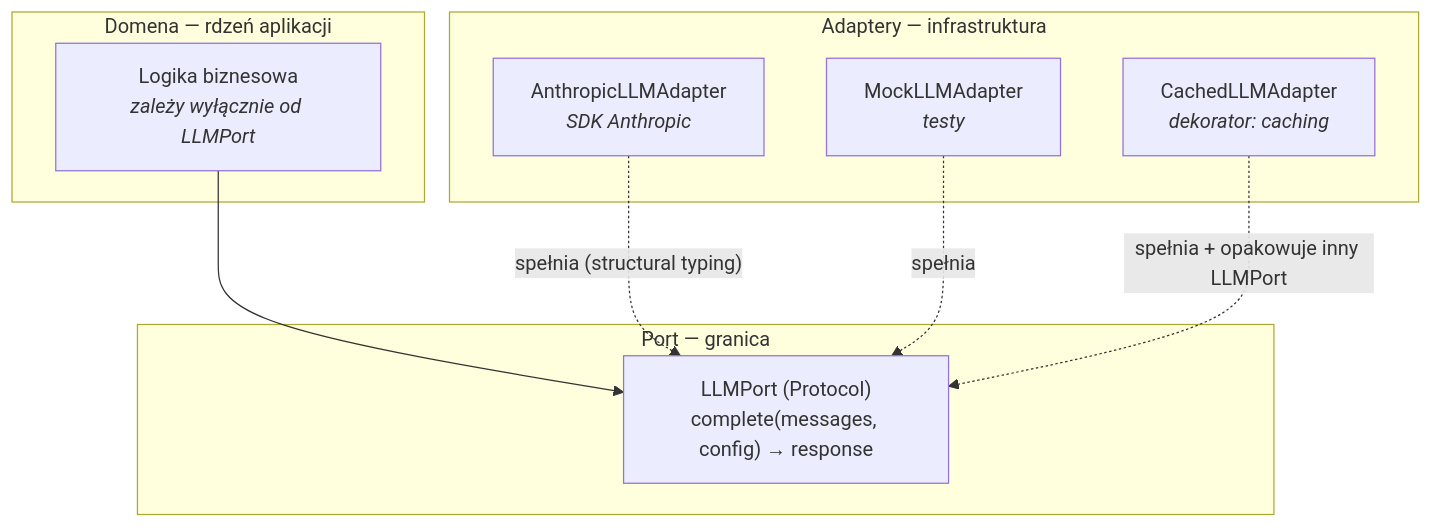
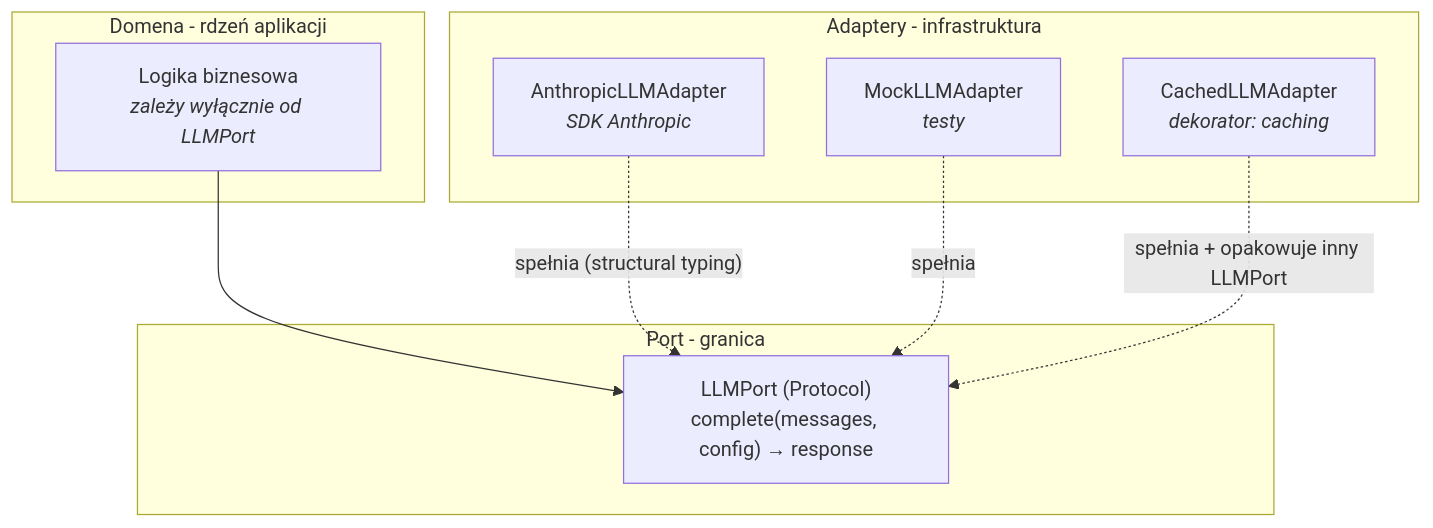
Before and after one commit to SirCypkowskyy/python-for-genai-guide: the fourth of 4 diagrams in docs/07-architecture-and-good-practices.md, drawn with Mermaid. The commit also changed other lines of this file and 9 other files, not shown here.

First line of the commit message:
Zamiana em-dashy na zwykły myślnik + nowe diagramy Mermaid

````diff
--- a/docs/07-architecture-and-good-practices.md
+++ b/docs/07-architecture-and-good-practices.md
@@ -280,21 +280,21 @@
 ```mermaid
 flowchart TB
-    subgraph OUT["Adaptery — infrastruktura"]
+    subgraph OUT["Adaptery - infrastruktura"]
         ANTHROPIC["AnthropicLLMAdapter<br/><i>SDK Anthropic</i>"]
         MOCK["MockLLMAdapter<br/><i>testy</i>"]
         CACHE["CachedLLMAdapter<br/><i>dekorator: caching</i>"]
     end
 
-    subgraph BOUND["Port — granica"]
+    subgraph BOUND["Port - granica"]
         PORT["LLMPort (Protocol)<br/>complete(messages, config) → response"]
     end
 
-    subgraph CORE["Domena — rdzeń aplikacji"]
+    subgraph CORE["Domena - rdzeń aplikacji"]
         DOMAIN["Logika biznesowa<br/><i>zależy wyłącznie od LLMPort</i>"]
     end
 
     DOMAIN --> PORT
     ANTHROPIC -. "spełnia (structural typing)" .-> PORT
     MOCK -. "spełnia" .-> PORT
     CACHE -. "spełnia + opakowuje inny LLMPort" .-> PORT
 ```
````
